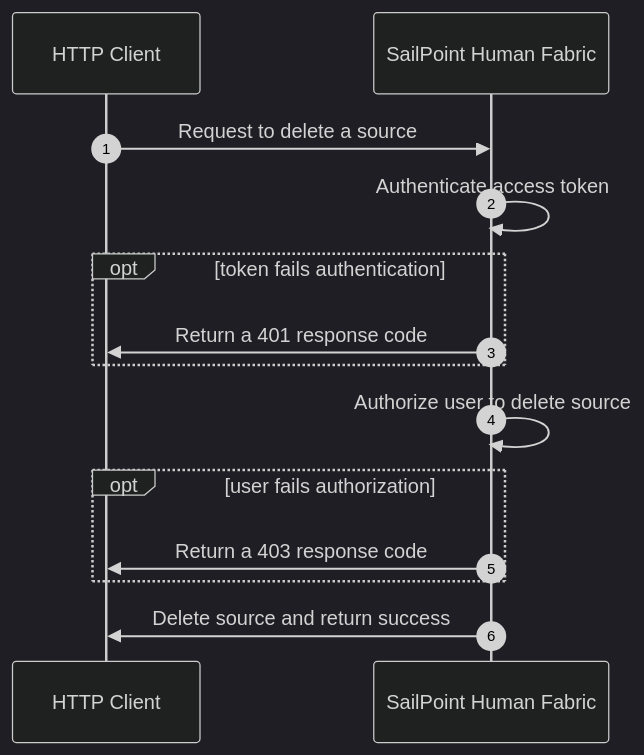
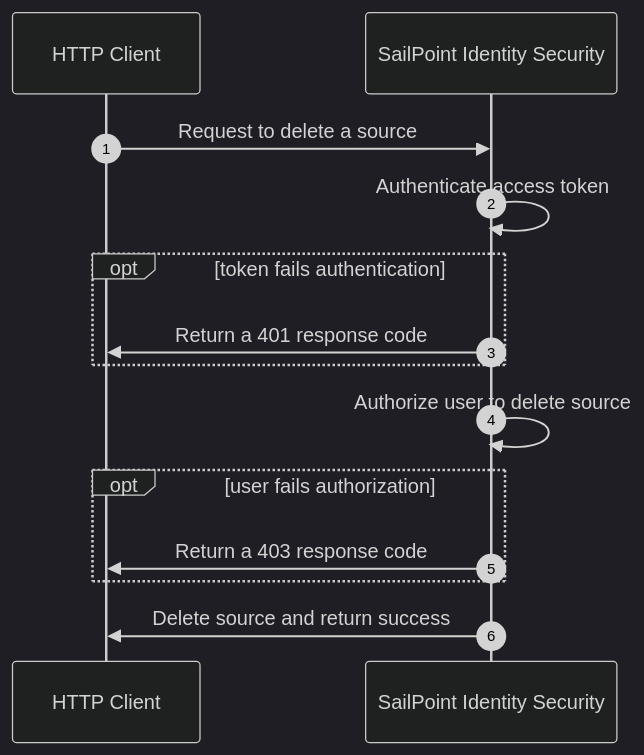
Before and after one commit to sailpoint-oss/developer.sailpoint.com: the diagram in docs/api/authorization.md, drawn with Mermaid (dark theme). The commit also changed other lines of this file and 191 other files, not shown here.

````diff
--- a/docs/api/authorization.md
+++ b/docs/api/authorization.md
@@ -22,17 +22,17 @@
 ```mermaid
 sequenceDiagram
     autonumber
     participant H as HTTP Client
-    participant I as SailPoint Human Fabric
+    participant I as SailPoint Identity Security
 
     H->>I: Request to delete a source
     I->>I: Authenticate access token
     opt token fails authentication
       I->>H: Return a 401 response code
     end
     I->>I: Authorize user to delete source
     opt user fails authorization
       I->>H: Return a 403 response code
     end
     I->>H: Delete source and return success
 ```
````
